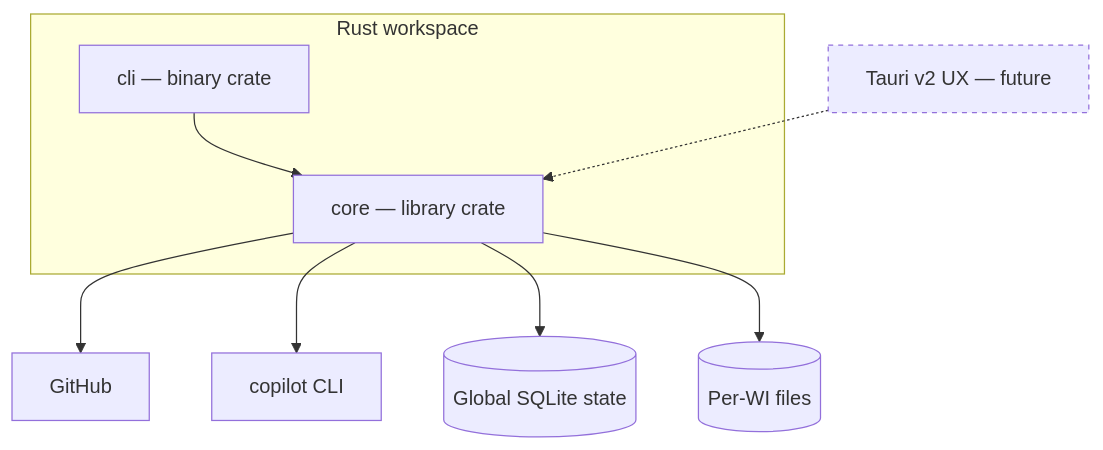
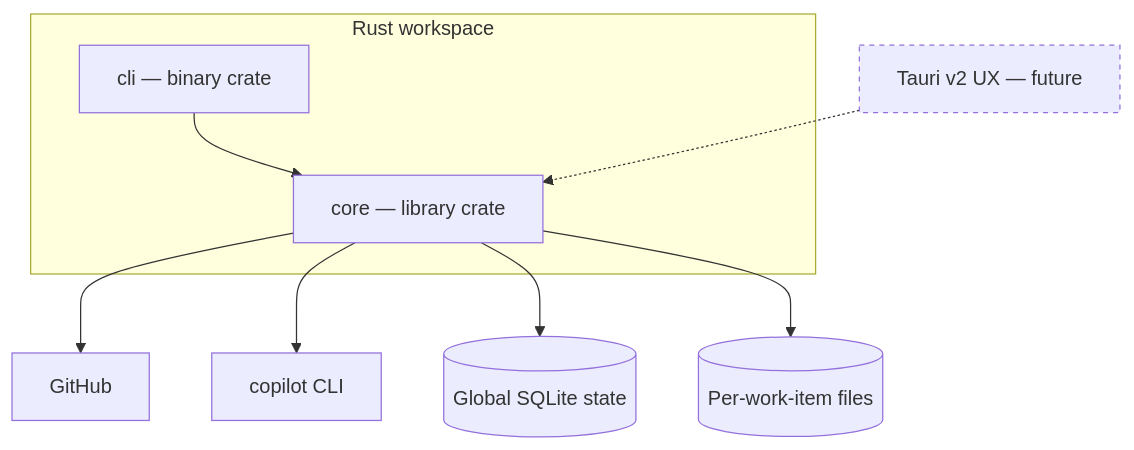
The diagram in docs/architecture.md (yoannchaudet/quorum), drawn with Mermaid before and after one commit. The commit also changed other lines of this file and 26 other files, not shown here.

````diff
--- a/docs/architecture.md
+++ b/docs/architecture.md
@@ -6,15 +6,15 @@
 ```mermaid
 flowchart TB
   subgraph rust[Rust workspace]
     core[core — library crate]
     cli[cli — binary crate]
   end
   tauri[Tauri v2 UX — future]:::future
   cli --> core
   tauri -.-> core
   core --> gh[GitHub]
   core --> cop[copilot CLI]
   core --> db[(Global SQLite state)]
-  core --> fs[(Per-WI files)]
+  core --> fs[(Per-work-item files)]
   classDef future stroke-dasharray: 4 4;
 ```
````
